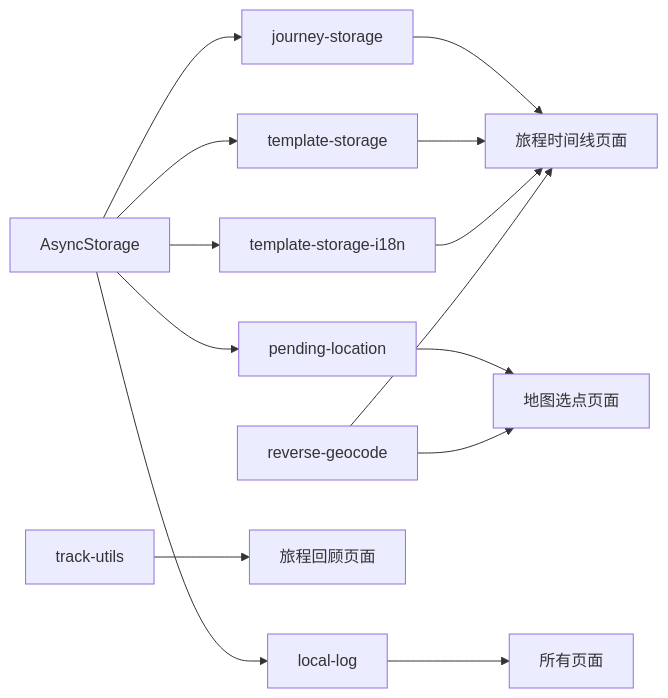
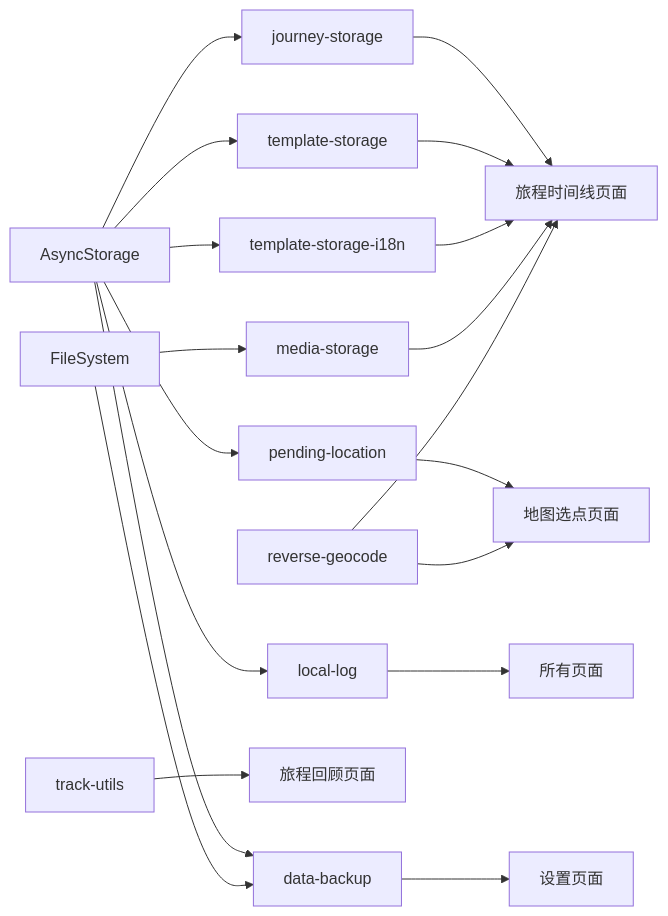
The diagram in docs/services.md (dsjerry/gowherer-web), drawn with Mermaid before and after one commit. The commit also changed other lines of this file and 6 other files, not shown here.

````diff
--- a/docs/services.md
+++ b/docs/services.md
@@ -271,18 +335,24 @@
 ```mermaid
 flowchart LR
     Storage[AsyncStorage] --> JourneyStorage[journey-storage]
     Storage --> TemplateStorage[template-storage]
     Storage --> TemplateI18n[template-storage-i18n]
     Storage --> PendingLocation[pending-location]
     Storage --> LocalLog[local-log]
+    Storage --> DataBackup[data-backup]
+
+    FileSystem[FileSystem] --> MediaStorage[media-storage]
+    FileSystem --> DataBackup
 
     JourneyStorage --> JourneyPage[旅程时间线页面]
     TemplateStorage --> JourneyPage
     TemplateI18n --> JourneyPage
     PendingLocation --> LocationPicker[地图选点页面]
+    DataBackup --> SettingsPage[设置页面]
 
     TrackUtils[track-utils] --> ExplorePage[旅程回顾页面]
+    MediaStorage --> JourneyPage
     ReverseGeocode[reverse-geocode] --> LocationPicker
     ReverseGeocode --> JourneyPage
     LocalLog --> AllPages[所有页面]
 ```
````
